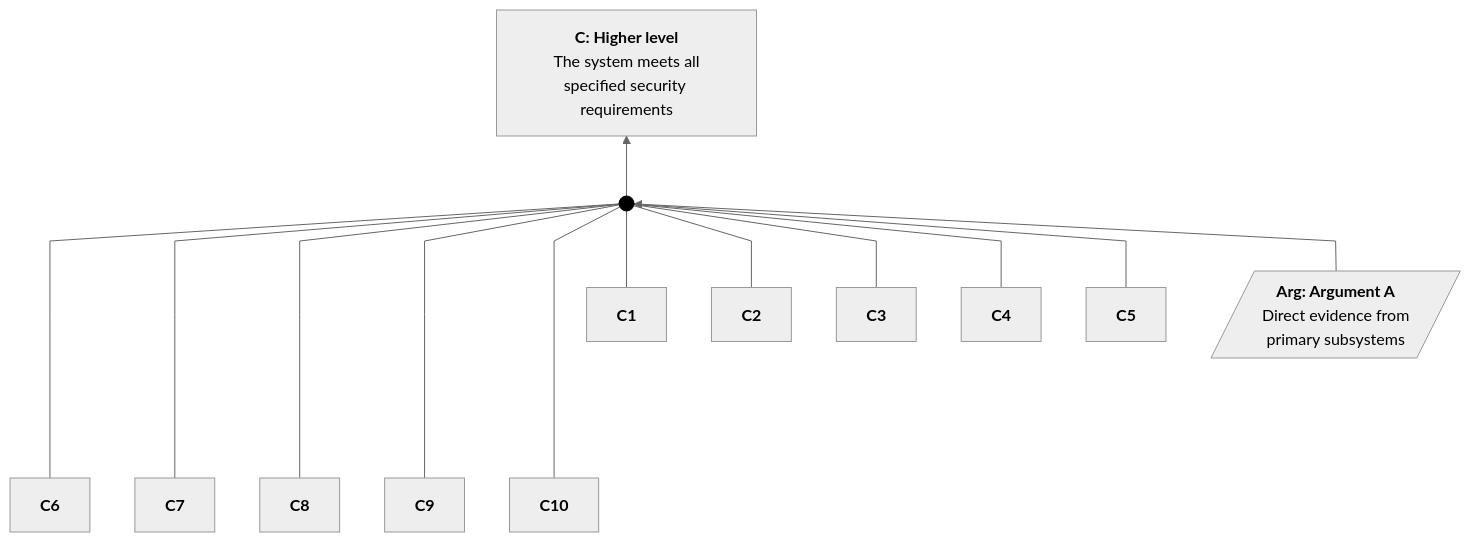
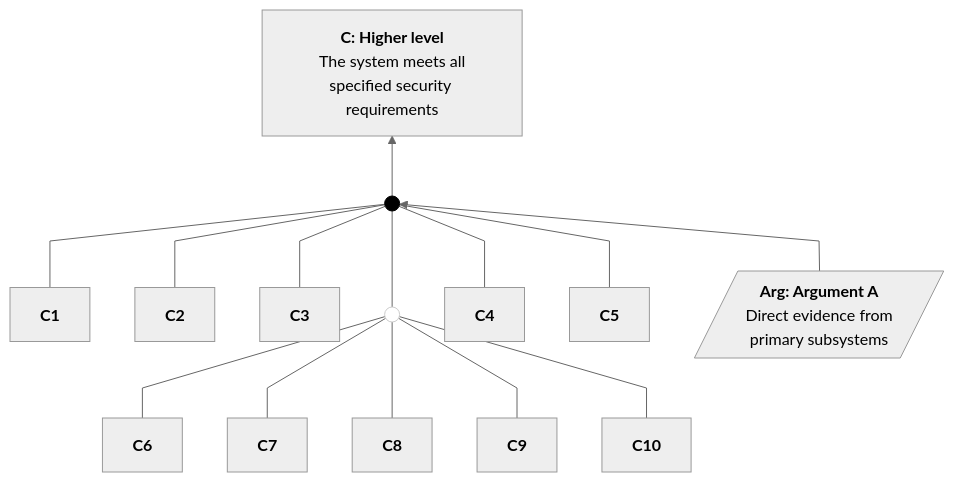
Diagram 17 of 18 in docs/sacm-mermaid.md (coreinfrastructure/best-practices-badge), drawn with Mermaid before and after one commit. The commit also changed other lines of this file, not shown here.

Commit message:
Try out a connector

````diff
--- a/docs/sacm-mermaid.md
+++ b/docs/sacm-mermaid.md
@@ -1492,51 +1439,50 @@
 ```mermaid
 ---
 config:
   theme: neutral
   flowchart:
     curve: linear
     htmlLabels: true
     rankSpacing: 60
     nodeSpacing: 45
     padding: 15
 ---
 flowchart BT
     classDef sacmDot fill:#000,stroke:#000
+    classDef connector fill:none,stroke:#cccccc,stroke-width:1px;`
 
-    %% --- Top Level Section ---
+    %% Nodes
     C_High["<b>C: Higher level</b><br>The system meets all<br>specified security requirements"]
-
-    %% Junction for the first set of claims
     Inf1((" ")):::sacmDot
     Arg1[/"<b>Arg: Argument A</b><br>Direct evidence from<br>primary subsystems"/]
 
     %% Supporting Claims
     C1["<b>C1</b>"]
     C2["<b>C2</b>"]
     C3["<b>C3</b>"]
     C4["<b>C4</b>"]
     C5["<b>C5</b>"]
-
-    %% Supporting Claims 6-10
     C6["<b>C6</b>"]
     C7["<b>C7</b>"]
     C8["<b>C8</b>"]
     C9["<b>C9</b>"]
     C10["<b>C10</b>"]
+    Conn1((" ")):::connector
 
     %% Connections
-    C6 ----- Inf1
-    C7 ----- Inf1
-    C8 ----- Inf1
-    C9 ----- Inf1
-    C10 ----- Inf1
+    C6 --- Conn1
+    C7 --- Conn1
+    C8 --- Conn1
+    C9 --- Conn1
+    C10 --- Conn1
 
     C1 --- Inf1
     C2 --- Inf1
     C3 --- Inf1
+    Conn1 --- Inf1
     C4 --- Inf1
     C5 --- Inf1
+    Arg1 --> Inf1
 
-    Arg1 --> Inf1
     Inf1 --> C_High
 ```
````
